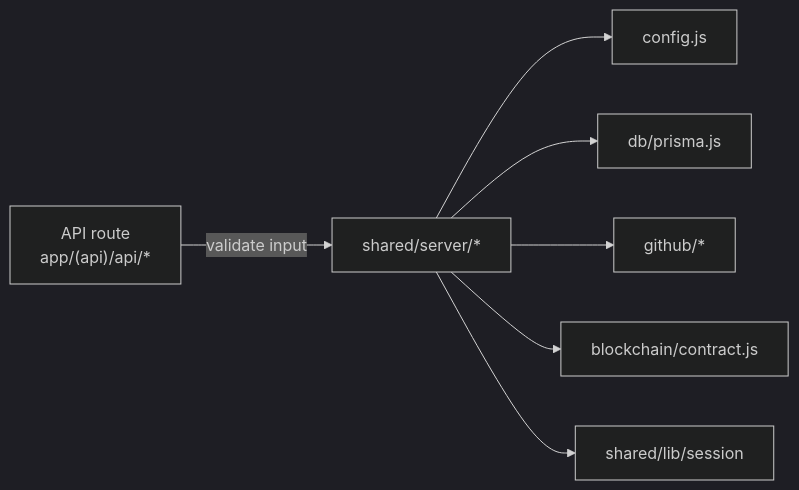
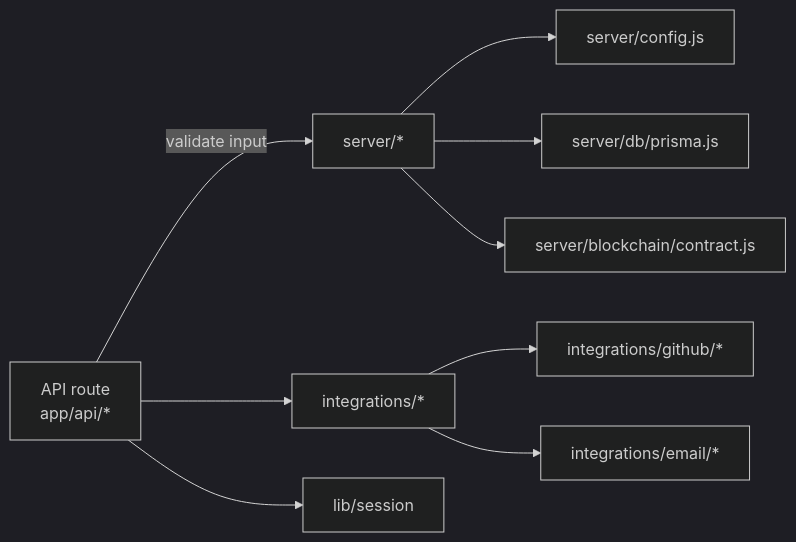
One commit to lucci-xyz/bounty changed the diagram in docs/reference/server.md. Above: the diagram before and after it, drawn with Mermaid (dark theme). The commit also changed other lines of this file and 352 other files, not shown here.

Commit message:
Remove deprecated files and components to streamline the codebase. This includes the deletion of unused API routes, components, and styles, as well as updates to documentation for clarity on current practices. Additionally, added notes for query examples in the database schema.

````diff
--- a/docs/reference/server.md
+++ b/docs/reference/server.md
@@ -5,9 +5,11 @@
 ```mermaid
 flowchart LR
-  Route["API route\napp/(api)/api/*"] -->|validate input| Helper["shared/server/*"]
-  Helper --> Config["config.js"]
-  Helper --> DB["db/prisma.js"]
-  Helper --> GitHub["github/*"]
-  Helper --> Chain["blockchain/contract.js"]
-  Helper --> Session["shared/lib/session"]
+  Route["API route\napp/api/*"] -->|validate input| Server["server/*"]
+  Server --> Config["server/config.js"]
+  Server --> DB["server/db/prisma.js"]
+  Route --> Integrations["integrations/*"]
+  Integrations --> GitHub["integrations/github/*"]
+  Integrations --> Email["integrations/email/*"]
+  Server --> Chain["server/blockchain/contract.js"]
+  Route --> Session["lib/session"]
 ```
````
